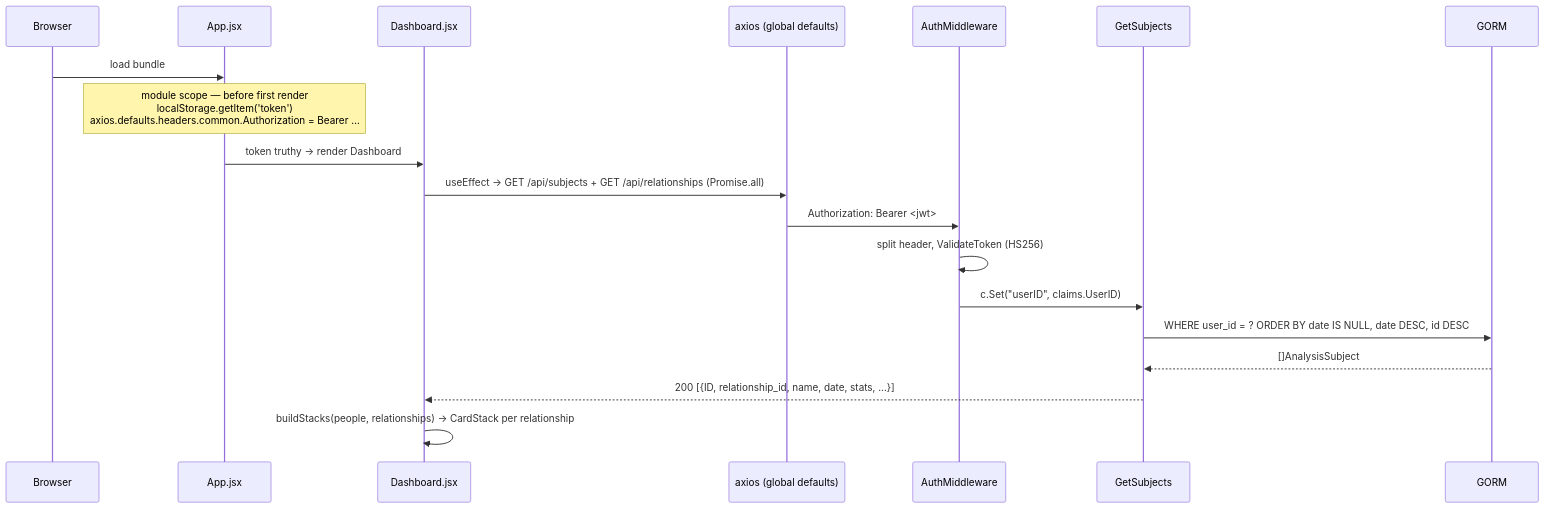
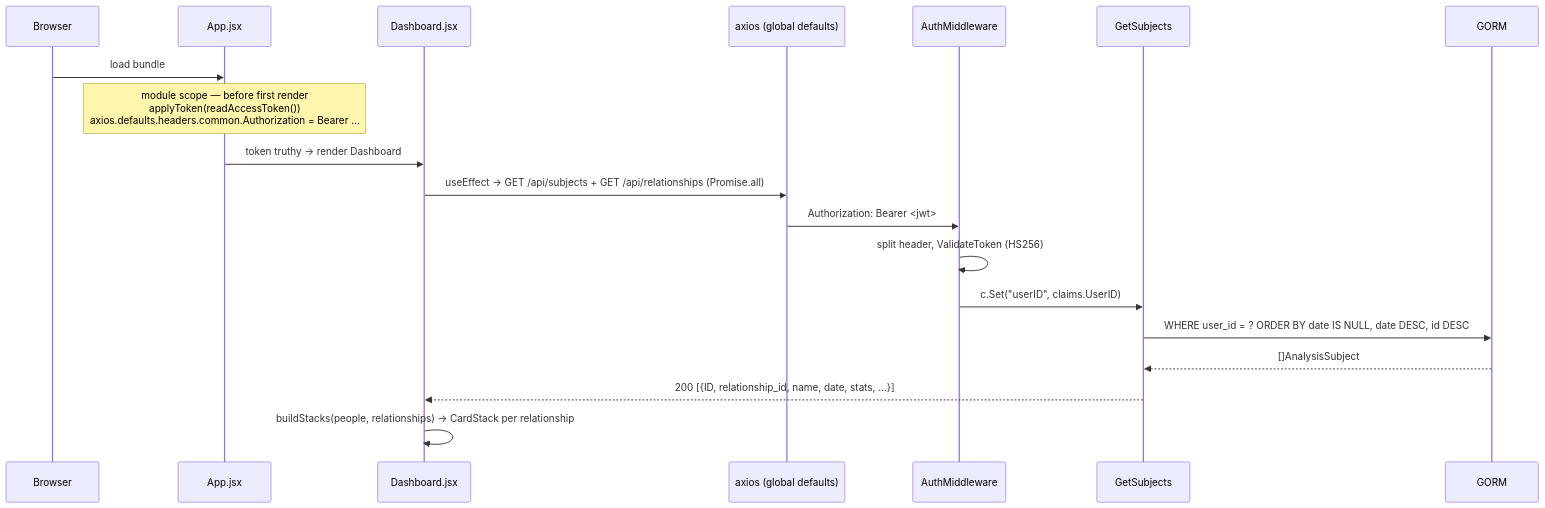
Before and after one commit to SirGrandmasterr/AlexithymiaLoveQuantifier: the second of 3 diagrams in docs/02-architecture.md, drawn with Mermaid. The commit also changed other lines of this file and 200 other files, not shown here.

````diff
--- a/docs/02-architecture.md
+++ b/docs/02-architecture.md
@@ -96,22 +94,22 @@
 ```mermaid
 sequenceDiagram
     participant B as Browser
     participant A as App.jsx
     participant D as Dashboard.jsx
     participant X as axios (global defaults)
     participant M as AuthMiddleware
     participant H as GetSubjects
     participant DB as GORM
 
     B->>A: load bundle
-    Note over A: module scope — before first render<br/>localStorage.getItem('token')<br/>axios.defaults.headers.common.Authorization = Bearer …
+    Note over A: module scope — before first render<br/>applyToken(readAccessToken())<br/>axios.defaults.headers.common.Authorization = Bearer …
     A->>D: token truthy -> render Dashboard
     D->>X: useEffect -> GET /api/subjects + GET /api/relationships (Promise.all)
     X->>M: Authorization: Bearer <jwt>
     M->>M: split header, ValidateToken (HS256)
     M->>H: c.Set("userID", claims.UserID)
     H->>DB: WHERE user_id = ? ORDER BY date IS NULL, date DESC, id DESC
     DB-->>H: []AnalysisSubject
     H-->>D: 200 [{ID, relationship_id, name, date, stats, …}]
     D->>D: buildStacks(people, relationships) -> CardStack per relationship
 ```
````
